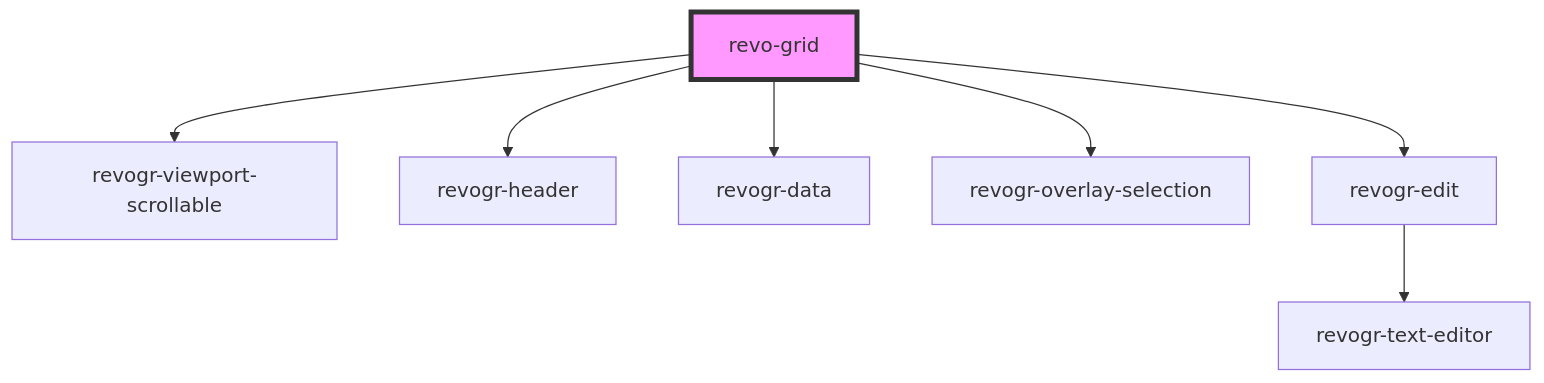
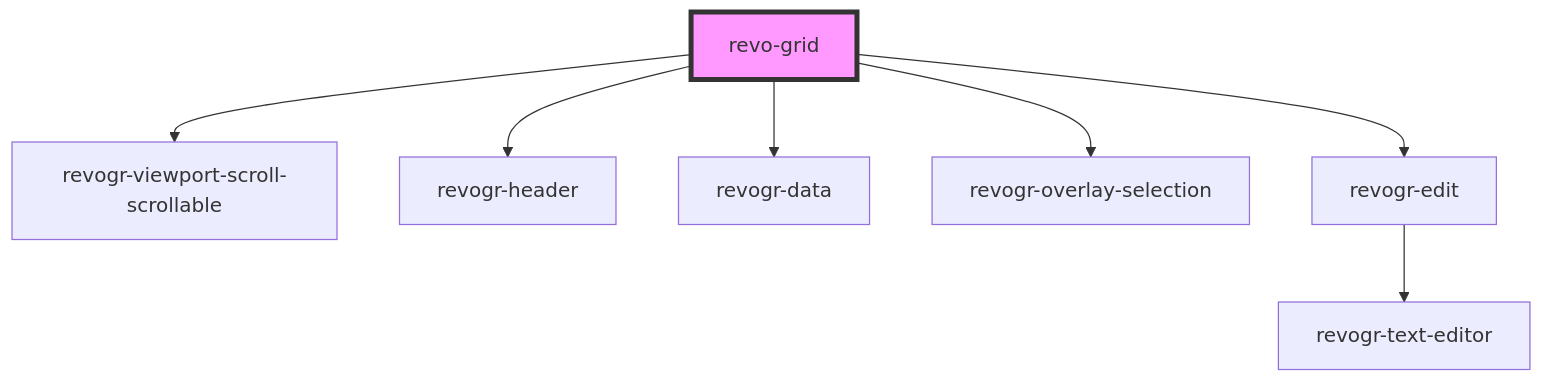
The diagram in src/components/revo-grid/readme.md (revolist/revogrid), drawn with Mermaid before and after one commit. The commit also changed other lines of this file and 28 other files, not shown here.

````diff
--- a/src/components/revo-grid/readme.md
+++ b/src/components/revo-grid/readme.md
@@ -33,10 +33,10 @@
 ```mermaid
 graph TD;
-  revo-grid --> revogr-viewport-scrollable
+  revo-grid --> revogr-viewport-scroll-scrollable
   revo-grid --> revogr-header
   revo-grid --> revogr-data
   revo-grid --> revogr-overlay-selection
   revo-grid --> revogr-edit
   revogr-edit --> revogr-text-editor
   style revo-grid fill:#f9f,stroke:#333,stroke-width:4px
 ```
````
